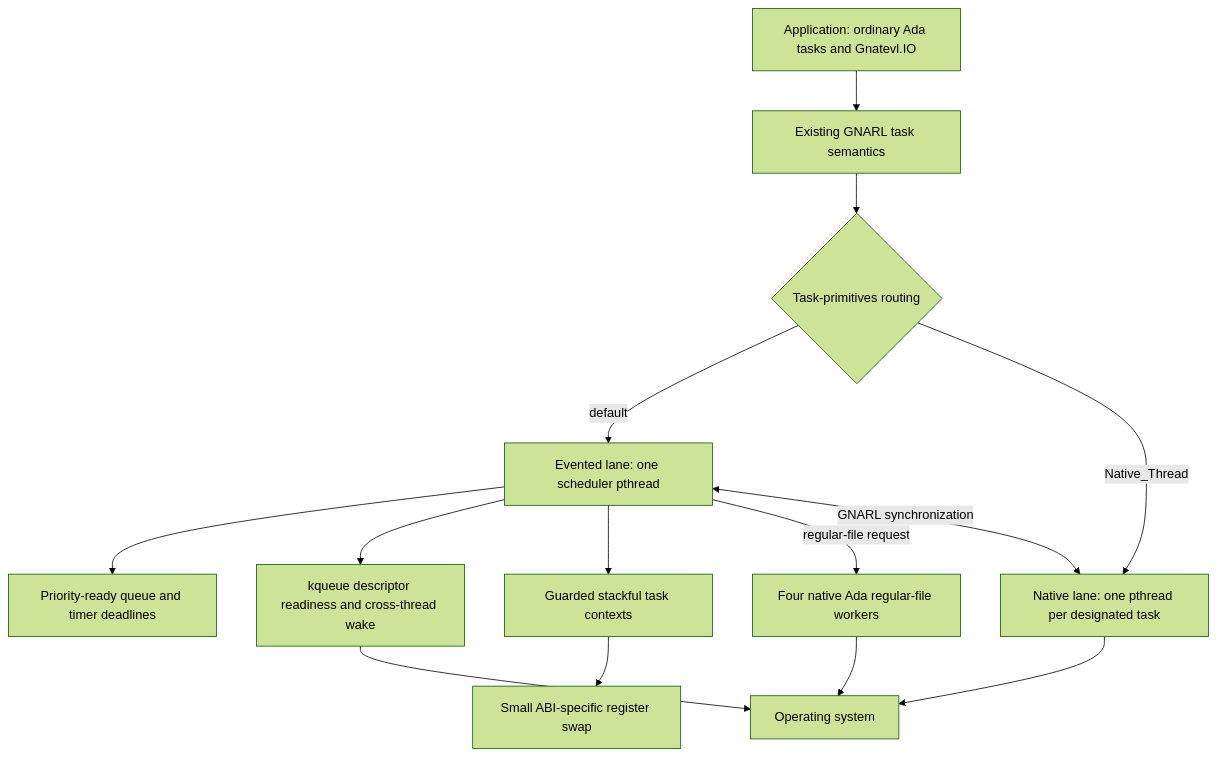
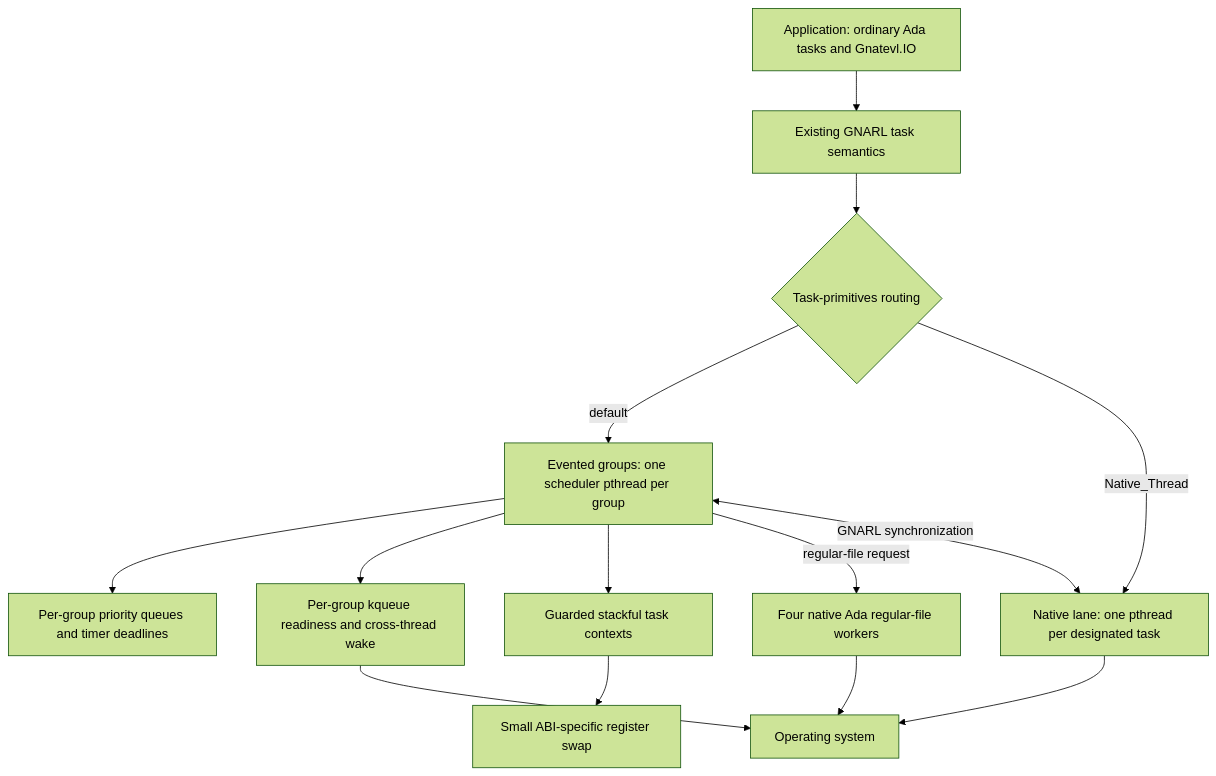
Before and after one commit to flyology-ada/flyology: the first of 3 diagrams in README.md, drawn with Mermaid (forest theme). The commit also changed other lines of this file and 12 other files, not shown here.

````diff
--- a/README.md
+++ b/README.md
@@ -57,26 +97,26 @@
 ```mermaid
 flowchart TB
     A[Application: ordinary Ada tasks and Gnatevl.IO]
     G[Existing GNARL task semantics]
     R{Task-primitives routing}
-    E[Evented lane: one scheduler pthread]
+    E[Evented groups: one scheduler pthread per group]
     N[Native lane: one pthread per designated task]
-    Q[Priority-ready queue and timer deadlines]
-    K[kqueue descriptor readiness and cross-thread wake]
+    Q[Per-group priority queues and timer deadlines]
+    K[Per-group kqueue readiness and cross-thread wake]
     C[Guarded stackful task contexts]
     X[Small ABI-specific register swap]
     F[Four native Ada regular-file workers]
     O[Operating system]
 
     A --> G --> R
     R -->|default| E
     R -->|Native_Thread| N
     E --> Q
     E --> K
     E --> C --> X
     E -->|regular-file request| F
     E <-->|GNARL synchronization| N
     K --> O
     N --> O
     F --> O
 ```
````
